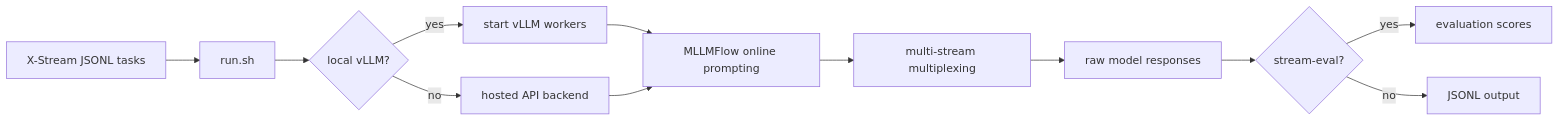
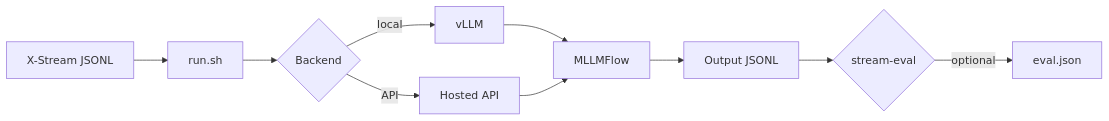
Before and after one commit to PeiwenSun2000/X-Stream: the diagram in README.md, drawn with Mermaid. The commit also changed other lines of this file and 5 other files, not shown here.

````diff
--- a/README.md
+++ b/README.md
@@ -33,14 +22,12 @@
 ```mermaid
 flowchart LR
-    dataset[X-Stream JSONL tasks] --> runner[run.sh]
-    runner --> server{local vLLM?}
-    server -- yes --> vllm[start vLLM workers]
-    server -- no --> api[hosted API backend]
-    vllm --> flow[MLLMFlow online prompting]
-    api --> flow
-    flow --> mux[multi-stream multiplexing]
-    mux --> output[raw model responses]
-    output --> judge{stream-eval?}
-    judge -- yes --> scores[evaluation scores]
-    judge -- no --> done[JSONL output]
+    inputJsonl["X-Stream JSONL"] --> runner["run.sh"]
+    runner --> backend{"Backend"}
+    backend -->|"local"| vllm["vLLM"]
+    backend -->|"API"| modelApi["Hosted API"]
+    vllm --> flow["MLLMFlow"]
+    modelApi --> flow
+    flow --> outputJsonl["Output JSONL"]
+    outputJsonl --> evalStep{"stream-eval"}
+    evalStep -->|"optional"| scores["eval.json"]
 ```
````
